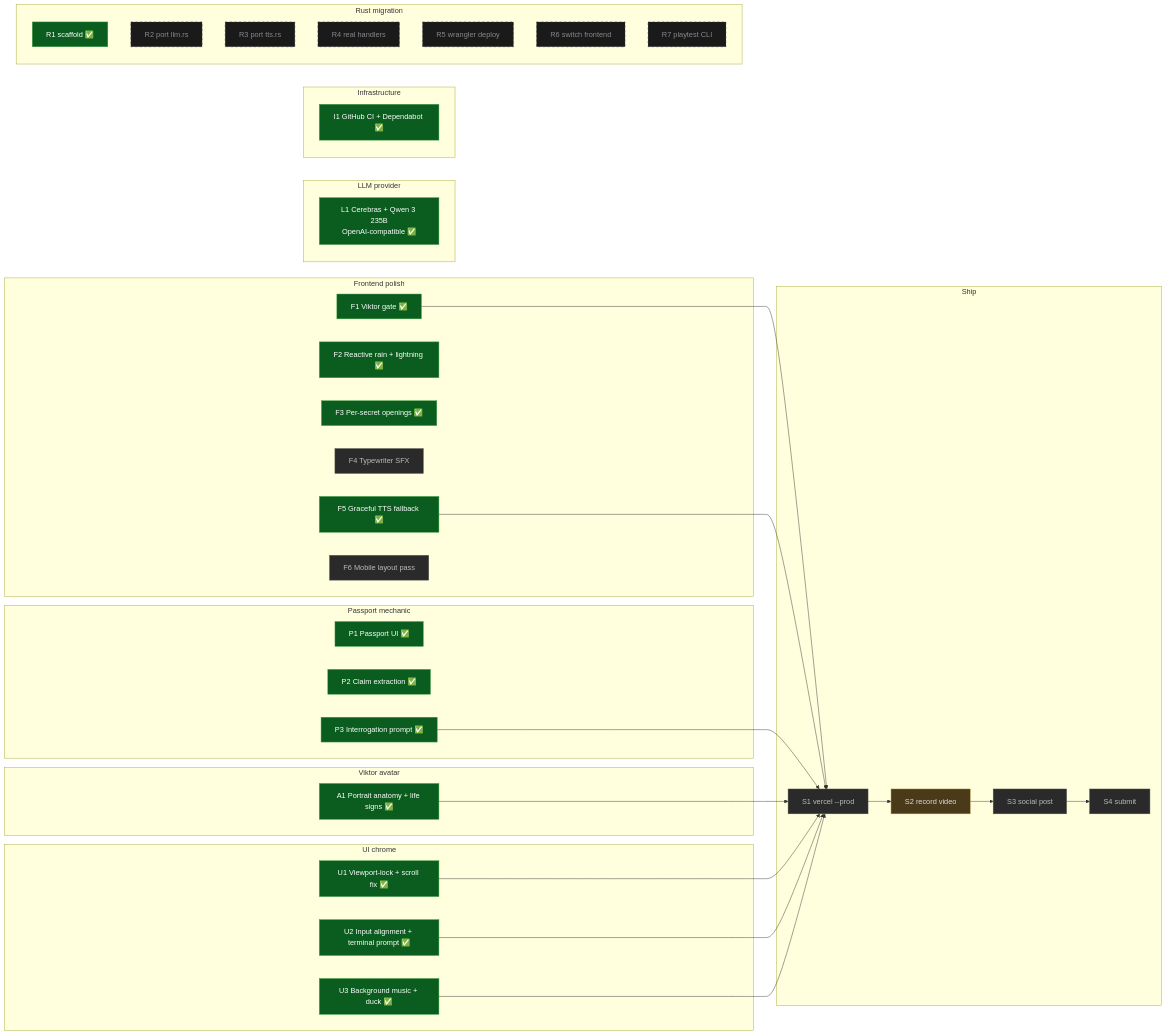
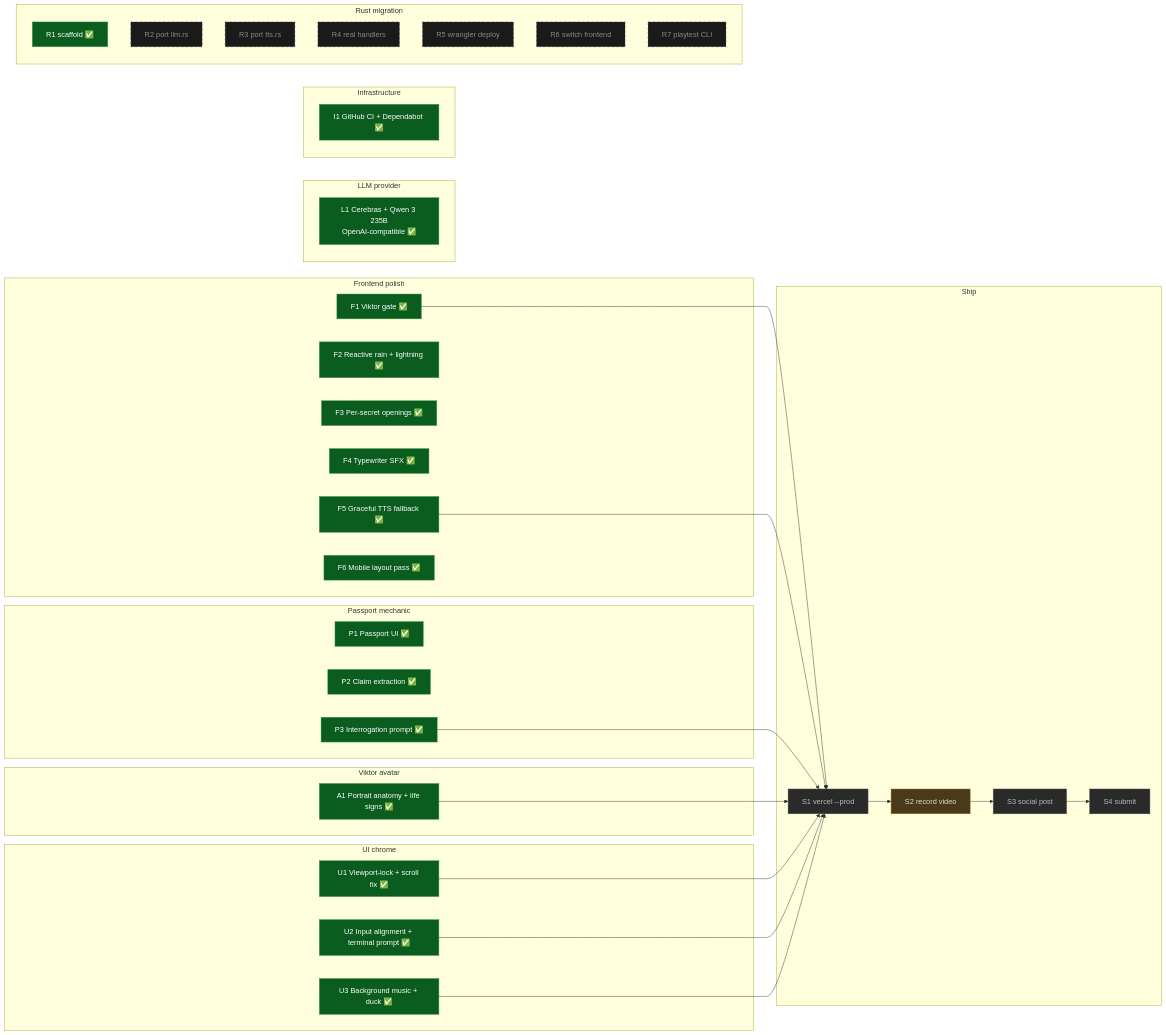
Before and after one commit to AnkanMisra/Negotiator: the first of 3 diagrams in docs/STATUS.md, drawn with Mermaid. The commit also changed other lines of this file and 4 other files, not shown here.

First line of the commit message:
feat: F4 typewriter SFX + F6 mobile 390px layout pass

````diff
--- a/docs/STATUS.md
+++ b/docs/STATUS.md
@@ -25,60 +25,60 @@
 ```mermaid
 flowchart LR
     subgraph Frontend[Frontend polish]
         F1[F1 Viktor gate ✅]:::done
         F2[F2 Reactive rain + lightning ✅]:::done
         F3[F3 Per-secret openings ✅]:::done
-        F4[F4 Typewriter SFX]:::todo
+        F4[F4 Typewriter SFX ✅]:::done
         F5[F5 Graceful TTS fallback ✅]:::done
-        F6[F6 Mobile layout pass]:::todo
+        F6[F6 Mobile layout pass ✅]:::done
     end
 
     subgraph Passport[Passport mechanic]
         P1[P1 Passport UI ✅]:::done
         P2[P2 Claim extraction ✅]:::done
         P3[P3 Interrogation prompt ✅]:::done
     end
 
     subgraph Avatar[Viktor avatar]
         A1[A1 Portrait anatomy + life signs ✅]:::done
     end
 
     subgraph UI[UI chrome]
         U1[U1 Viewport-lock + scroll fix ✅]:::done
         U2[U2 Input alignment + terminal prompt ✅]:::done
         U3[U3 Background music + duck ✅]:::done
     end
 
     subgraph LLM[LLM provider]
         L1[L1 Cerebras + Qwen 3 235B<br/>OpenAI-compatible ✅]:::done
     end
 
     subgraph Infra[Infrastructure]
         I1[I1 GitHub CI + Dependabot ✅]:::done
     end
 
     subgraph Rust[Rust migration]
         R1[R1 scaffold ✅]:::done
         R2[R2 port llm.rs]:::deferred
         R3[R3 port tts.rs]:::deferred
         R4[R4 real handlers]:::deferred
         R5[R5 wrangler deploy]:::deferred
         R6[R6 switch frontend]:::deferred
         R7[R7 playtest CLI]:::deferred
     end
 
     subgraph Ship[Ship]
         S1[S1 vercel --prod]:::todo
         S2[S2 record video]:::blocked
         S3[S3 social post]:::todo
         S4[S4 submit]:::todo
     end
 
     F1 & F5 & P3 & A1 & U1 & U2 & U3 --> S1
     S1 --> S2 --> S3 --> S4
 
     classDef done fill:#0a5d1e,stroke:#43a047,color:#fff
     classDef todo fill:#2a2a2a,stroke:#555,color:#bbb
     classDef blocked fill:#4a3a1a,stroke:#a88432,color:#ddd
     classDef deferred fill:#1a1a1a,stroke:#444,color:#888,stroke-dasharray: 5 5
 ```
````
